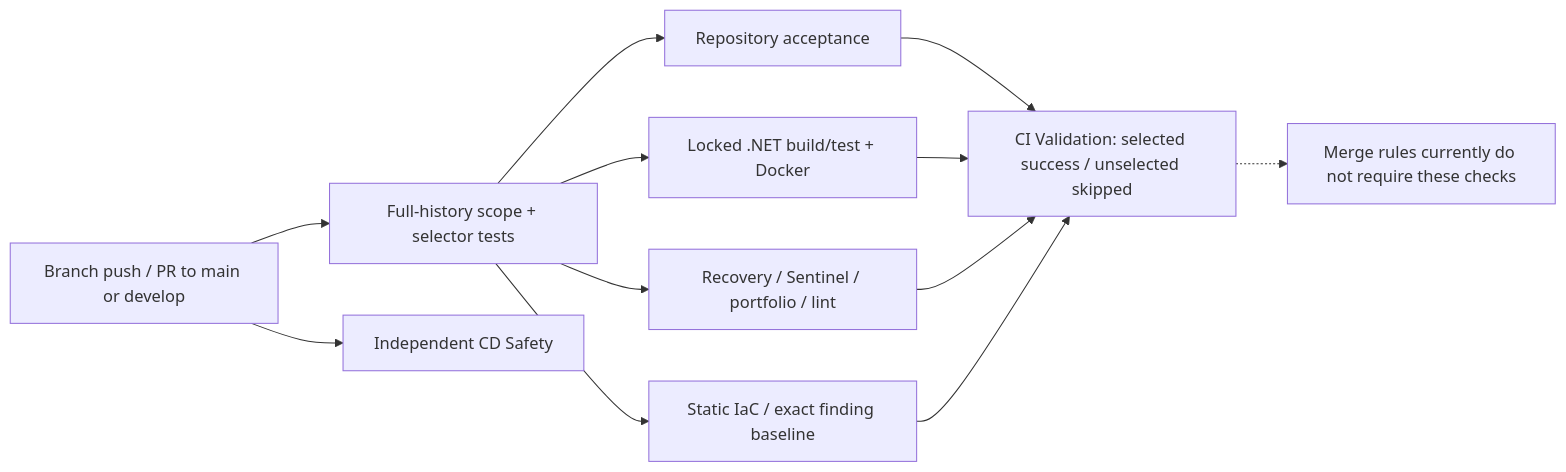
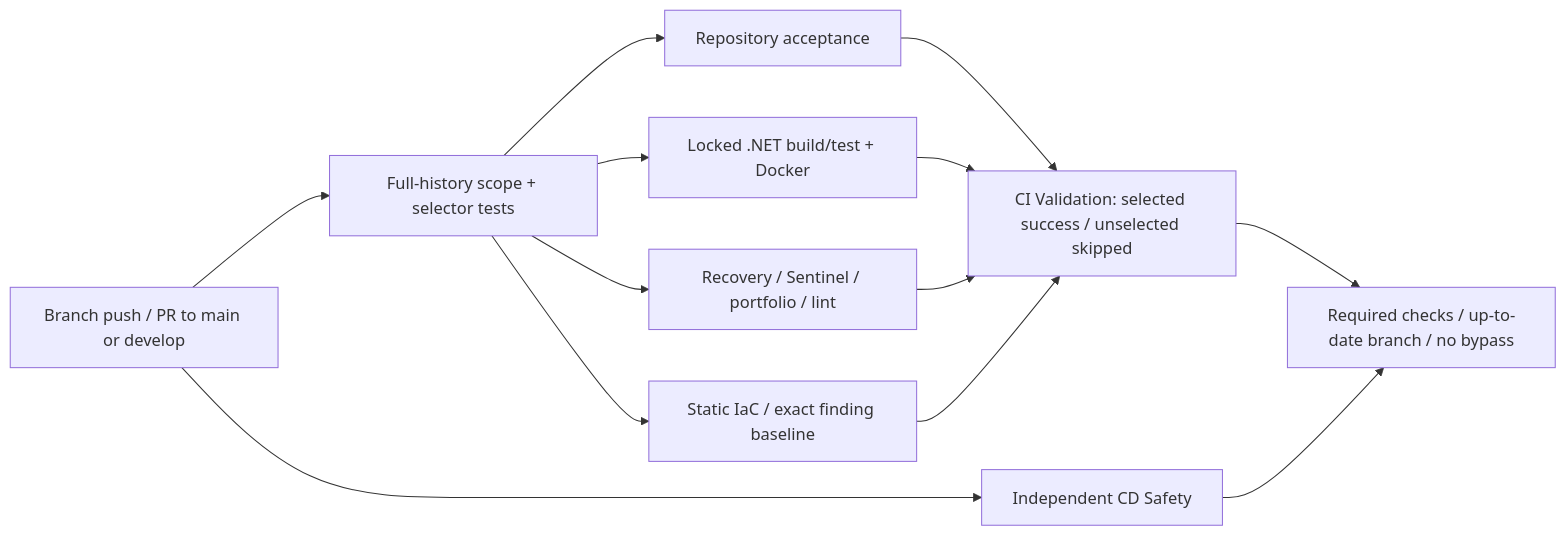
The diagram in docs/CI-CD-REVIEW.md (Kendall04/terragrunt_demo), drawn with Mermaid before and after one commit. The commit also changed other lines of this file and 11 other files, not shown here.

First line of the commit message:
Require PR-specific CI checks and prepare DEV delivery and AWS closure (#39)

````diff
--- a/docs/CI-CD-REVIEW.md
+++ b/docs/CI-CD-REVIEW.md
@@ -24,14 +27,15 @@
 ```mermaid
 flowchart LR
   Event[Branch push / PR to main or develop] --> Detect[Full-history scope + selector tests]
   Detect --> Acceptance[Repository acceptance]
   Detect --> App[Locked .NET build/test + Docker]
   Detect --> Hygiene[Recovery / Sentinel / portfolio / lint]
   Detect --> Infra[Static IaC / exact finding baseline]
   Acceptance --> Result[CI Validation: selected success / unselected skipped]
   App --> Result
   Hygiene --> Result
   Infra --> Result
   Event --> Safety[Independent CD Safety]
-  Result -.-> Gap[Merge rules currently do not require these checks]
+  Result --> Merge[Required checks / up-to-date branch / no bypass]
+  Safety --> Merge
 ```
````
